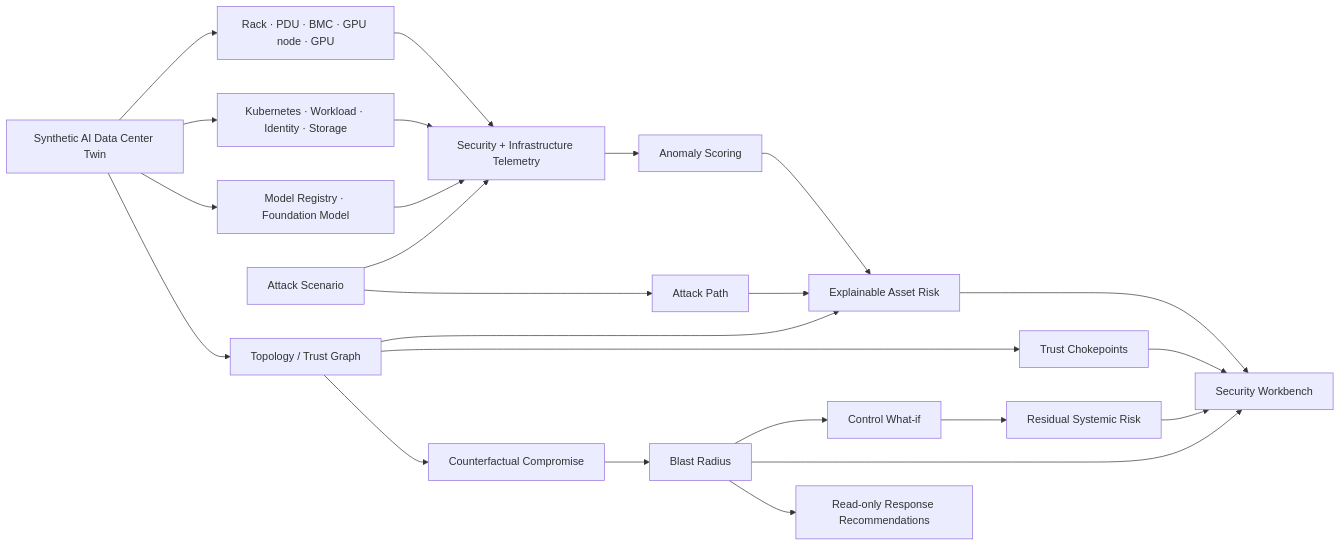
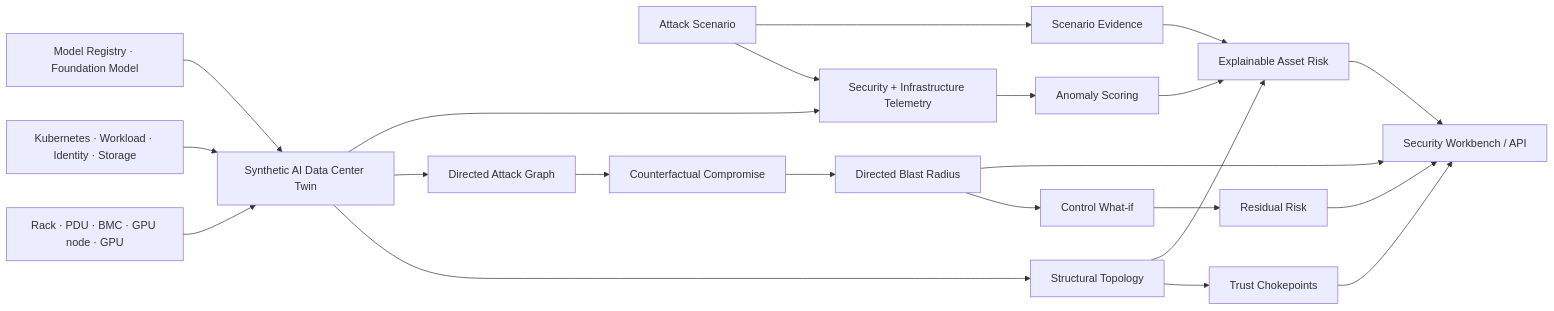
The second of 5 diagrams in README.md (VinayK88/ai-datacenter-security-digital-twin), drawn with Mermaid before and after one commit. The commit also changed other lines of this file, not shown here.

Commit message:
Align README with directed reachability and hardened CI

````diff
--- a/README.md
+++ b/README.md
@@ -58,25 +88,26 @@
 ```mermaid
 flowchart LR
-    T["Synthetic AI Data Center Twin"] --> PHY["Rack · PDU · BMC · GPU node · GPU"]
-    T --> LOG["Kubernetes · Workload · Identity · Storage"]
-    T --> AI["Model Registry · Foundation Model"]
+    PHY["Rack · PDU · BMC · GPU node · GPU"] --> TWIN["Synthetic AI Data Center Twin"]
+    PLATFORM["Kubernetes · Workload · Identity · Storage"] --> TWIN
+    AI["Model Registry · Foundation Model"] --> TWIN
 
-    PHY & LOG & AI --> TEL["Security + Infrastructure Telemetry"]
+    TWIN --> STRUCT["Structural Topology"]
+    TWIN --> ATTACK["Directed Attack Graph"]
+    TWIN --> TEL["Security + Infrastructure Telemetry"]
+
     SCN["Attack Scenario"] --> TEL
-    SCN --> PATH["Attack Path"]
+    SCN --> PATH["Scenario Evidence"]
+    TEL --> ANOM["Anomaly Scoring"]
 
-    TEL --> ANOM["Anomaly Scoring"]
-    T --> GRAPH["Topology / Trust Graph"]
-    PATH --> RISK["Explainable Asset Risk"]
+    STRUCT --> CHOKE["Trust Chokepoints"]
+    STRUCT --> RISK["Explainable Asset Risk"]
     ANOM --> RISK
-    GRAPH --> RISK
+    PATH --> RISK
 
-    GRAPH --> CHOKE["Trust Chokepoints"]
-    GRAPH --> CF["Counterfactual Compromise"]
-    CF --> BLAST["Blast Radius"]
+    ATTACK --> CF["Counterfactual Compromise"]
+    CF --> BLAST["Directed Blast Radius"]
     BLAST --> CTRL["Control What-if"]
-    CTRL --> RESIDUAL["Residual Systemic Risk"]
+    CTRL --> RESIDUAL["Residual Risk"]
 
-    RISK & CHOKE & BLAST & RESIDUAL --> UI["Security Workbench"]
-    BLAST --> RESP["Read-only Response Recommendations"]
+    RISK & CHOKE & BLAST & RESIDUAL --> UI["Security Workbench / API"]
 ```
````
